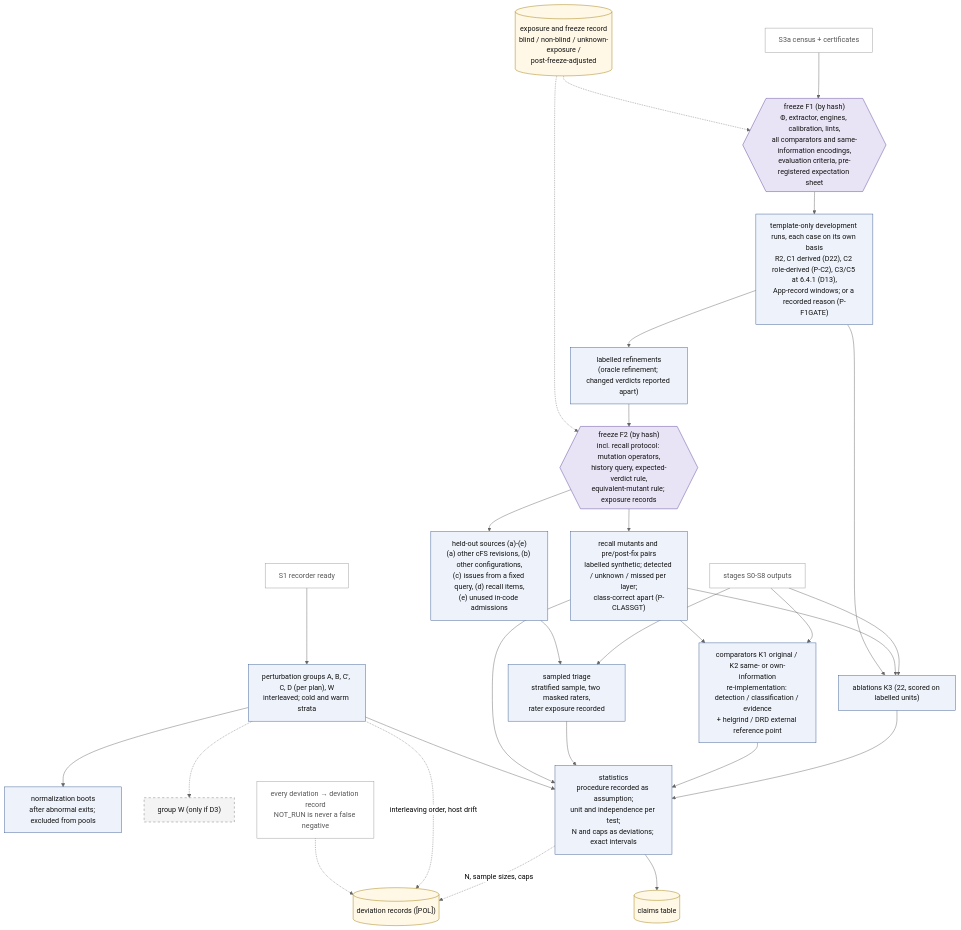
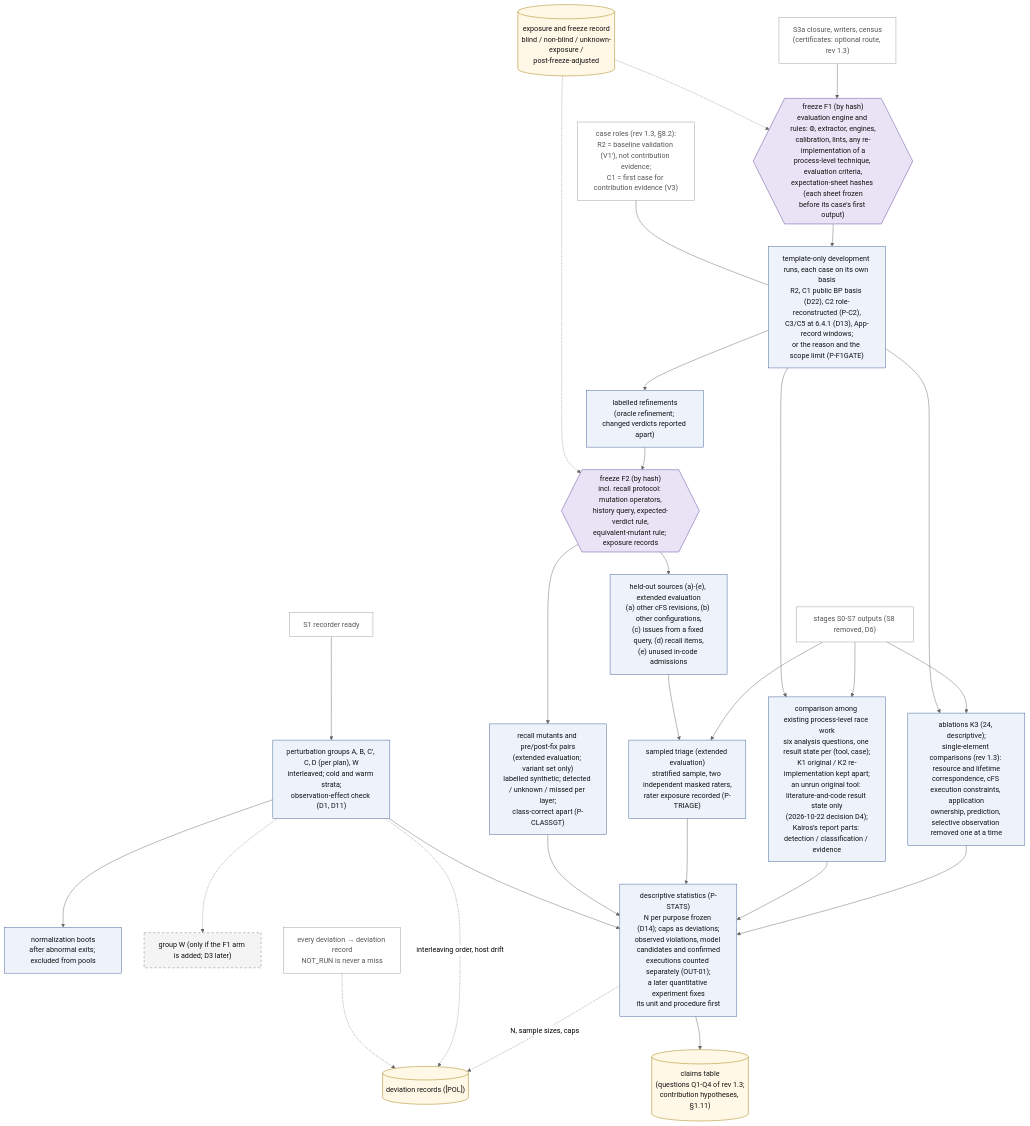
The diagram in research/cfs_procrace/Architecture/diagrams/D4_research_evaluation.mmd (wookjaeya/Shape-Perf), drawn with Mermaid (neutral theme) before and after one commit. The commit also changed 41 other files, not shown here.

First line of the commit message:
rev 1.3 diagrams: D0-D4, D6-D9 updated and re-rendered (mermaid-cli 11.17.0); diagrams README at rev 1.3; embedded figure blocks in 01-10 synced with the sources

```diff
--- a/research/cfs_procrace/Architecture/diagrams/D4_research_evaluation.mmd
+++ b/research/cfs_procrace/Architecture/diagrams/D4_research_evaluation.mmd
@@ -1,62 +1,63 @@
 flowchart TD
-    %% D4 detail - evaluation path: freezes, development runs, held-out and recall, comparison, statistics.
-    %% Source: spec §12 D4; §7.2, §7.5, §8.2-8.7, [POL].
-    %% Dashed border = PI-gated. Dashed edge = record-keeping or PI-gated path.
+    %% D4 detail - evaluation path: freezes, development runs, extended evaluation (held-out, recall, triage), comparison, statistics.
+    %% Source: spec §12 D4 (rev 1.2); §7.2, §7.5, §8.1-8.7 (rev 1.3: §8.2 case roles, §8.3 unrun tools, §8.4 single-element comparisons), [POL].
+    %% Dashed border = later or added only by a decision. Dashed edge = record-keeping or decision-gated path.
 
     S1["S1 recorder ready"]
-    S3A["S3a census + certificates"]
-    STG["stages S0-S8 outputs"]
+    S3A["S3a closure, writers, census<br/>(certificates: optional route, rev 1.3)"]
+    STG["stages S0-S7 outputs (S8 removed, D6)"]
+    ROLE["case roles (rev 1.3, §8.2):<br/>R2 = baseline validation (V1′), not contribution evidence;<br/>C1 = first case for contribution evidence (V3)"]
 
-    F1{{"freeze F1 (by hash)<br/>Φ, extractor, engines, calibration, lints,<br/>all comparators and same-information encodings,<br/>evaluation criteria, pre-registered expectation sheet"}}
-    TO["template-only development runs, each case on its own basis<br/>R2, C1 derived (D22), C2 role-derived (P-C2), C3/C5 at 6.4.1 (D13),<br/>App-record windows; or a recorded reason (P-F1GATE)"]
+    F1{{"freeze F1 (by hash)<br/>evaluation engine and rules: Φ, extractor, engines,<br/>calibration, lints, any re-implementation of a<br/>process-level technique, evaluation criteria,<br/>expectation-sheet hashes (each sheet frozen<br/>before its case's first output)"}}
+    TO["template-only development runs, each case on its own basis<br/>R2, C1 public BP basis (D22), C2 role-reconstructed (P-C2),<br/>C3/C5 at 6.4.1 (D13), App-record windows;<br/>or the reason and the scope limit (P-F1GATE)"]
     REF["labelled refinements<br/>(oracle refinement; changed verdicts reported apart)"]
     F2{{"freeze F2 (by hash)<br/>incl. recall protocol: mutation operators,<br/>history query, expected-verdict rule,<br/>equivalent-mutant rule; exposure records"}}
     EXP[("exposure and freeze record<br/>blind / non-blind / unknown-exposure /<br/>post-freeze-adjusted")]
-    HO["held-out sources (a)-(e)<br/>(a) other cFS revisions, (b) other configurations,<br/>(c) issues from a fixed query, (d) recall items,<br/>(e) unused in-code admissions"]
-    RCL["recall mutants and pre/post-fix pairs<br/>labelled synthetic; detected / unknown / missed per layer;<br/>class-correct apart (P-CLASSGT)"]
-    TRI["sampled triage<br/>stratified sample, two masked raters,<br/>rater exposure recorded"]
-    ABL["ablations K3 (22, scored on labelled units)"]
-    BAS["comparators K1 original / K2 same- or own-information<br/>re-implementation: detection / classification / evidence<br/>+ helgrind / DRD external reference point"]
-    PG["perturbation groups A, B, C′, C, D (per plan), W<br/>interleaved; cold and warm strata"]
+    HO["held-out sources (a)-(e), extended evaluation<br/>(a) other cFS revisions, (b) other configurations,<br/>(c) issues from a fixed query, (d) recall items,<br/>(e) unused in-code admissions"]
+    RCL["recall mutants and pre/post-fix pairs<br/>(extended evaluation; variant set only)<br/>labelled synthetic; detected / unknown / missed per layer;<br/>class-correct apart (P-CLASSGT)"]
+    TRI["sampled triage (extended evaluation)<br/>stratified sample, two independent masked raters,<br/>rater exposure recorded (P-TRIAGE)"]
+    ABL["ablations K3 (24, descriptive);<br/>single-element comparisons (rev 1.3): resource and lifetime<br/>correspondence, cFS execution constraints, application<br/>ownership, prediction, selective observation removed one at a time"]
+    BAS["comparison among existing process-level race work<br/>six analysis questions, one result state per (tool, case);<br/>K1 original / K2 re-implementation kept apart;<br/>an unrun original tool: literature-and-code result state only<br/>(2026-10-22 decision D4);<br/>Kairos's report parts: detection / classification / evidence"]
+    PG["perturbation groups A, B, C′, C, D (per plan), W<br/>interleaved; cold and warm strata;<br/>observation-effect check (D1, D11)"]
     NB["normalization boots<br/>after abnormal exits; excluded from pools"]
-    WG["group W (only if D3)"]
-    STAT["statistics<br/>procedure recorded as assumption;<br/>unit and independence per test;<br/>N and caps as deviations; exact intervals"]
-    CLAIMS[("claims table")]
+    WG["group W (only if the F1 arm is added; D3 later)"]
+    STAT["descriptive statistics (P-STATS)<br/>N per purpose frozen (D14); caps as deviations;<br/>observed violations, model candidates and confirmed<br/>executions counted separately (OUT-01);<br/>a later quantitative experiment fixes<br/>its unit and procedure first"]
+    CLAIMS[("claims table<br/>(questions Q1-Q4 of rev 1.3;<br/>contribution hypotheses, §1.11)")]
     DEV[("deviation records ([POL])")]
 
     S3A --> F1 --> TO --> REF --> F2
     F2 --> HO
     F2 --> RCL
     EXP -.-> F1
     EXP -.-> F2
     S1 --> PG
     PG --> NB
     PG -.-> WG
     STG --> ABL
     STG --> BAS
     STG --> TRI
     HO --> TRI
-    RCL --> ABL
-    RCL --> BAS
     TO --> ABL
+    TO --> BAS
+    ROLE --- TO
     ABL --> STAT
     BAS --> STAT
     TRI --> STAT
     RCL --> STAT
     PG --> STAT
     STAT --> CLAIMS
     STAT -.->|"N, sample sizes, caps"| DEV
     PG -.->|"interleaving order, host drift"| DEV
-    NOTE["every deviation → deviation record<br/>NOT_RUN is never a false negative"]
+    NOTE["every deviation → deviation record<br/>NOT_RUN is never a miss"]
     NOTE -.-> DEV
 
     classDef comp fill:#eef3fb,stroke:#3b5b92,color:#111
     classDef frz fill:#e9e4f5,stroke:#5b3f99,color:#111
     classDef art fill:#fff8e6,stroke:#a07a00,color:#111
     classDef gated fill:#f4f4f4,stroke:#777,stroke-dasharray:5 5,color:#111
     classDef ref fill:#ffffff,stroke:#999,color:#555
     class TO,REF,HO,RCL,TRI,ABL,BAS,PG,NB,STAT comp
     class F1,F2 frz
     class CLAIMS,DEV,EXP art
     class WG gated
-    class S1,S3A,STG,NOTE ref
+    class S1,S3A,STG,NOTE,ROLE ref
```
